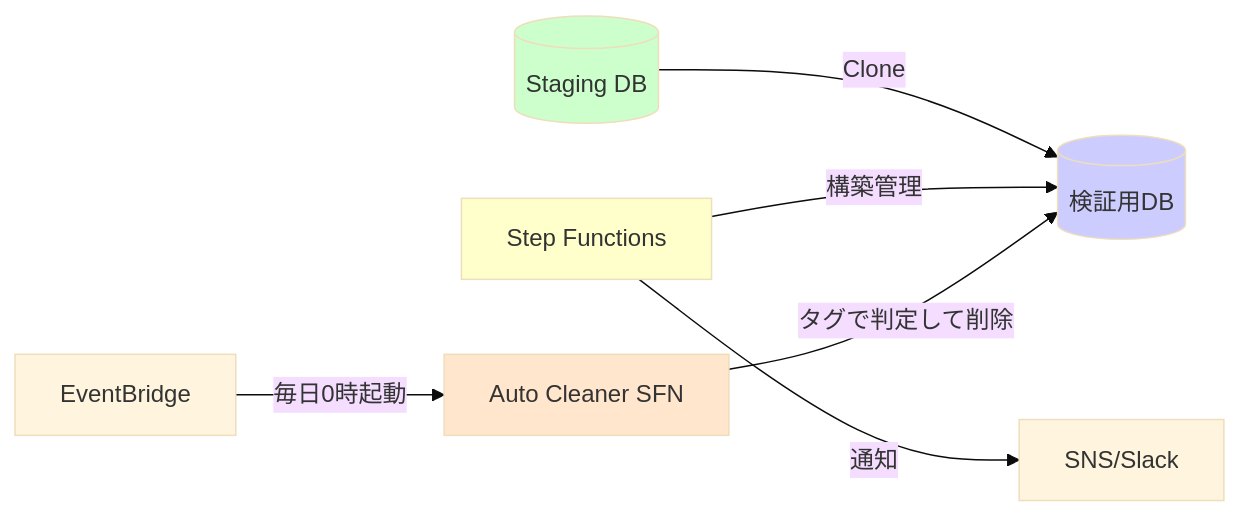
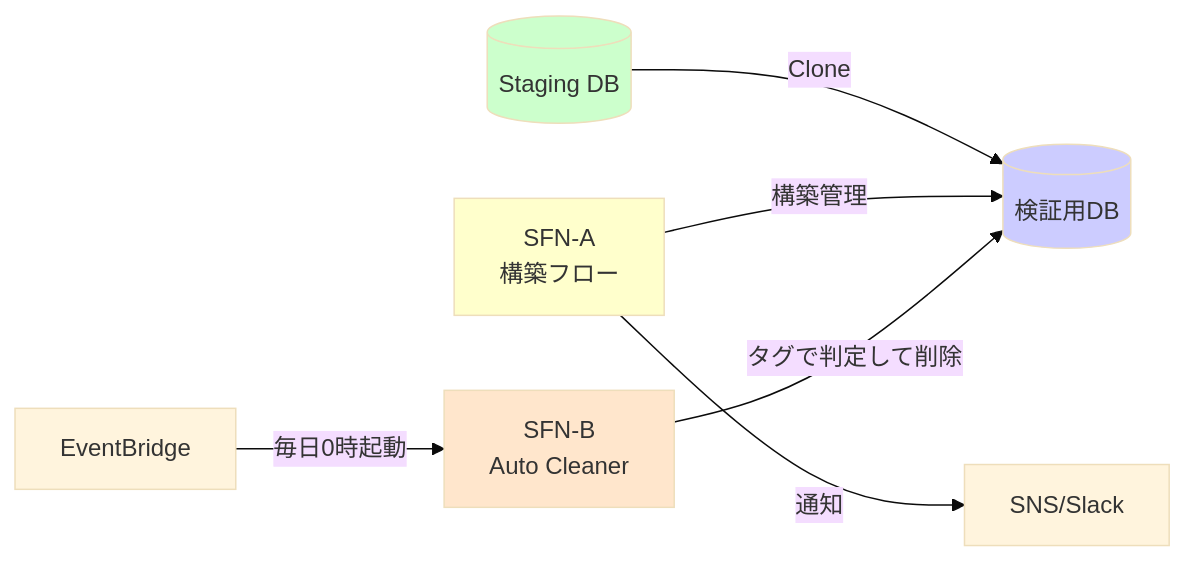
Before and after one commit to gi-no/zenn_paiza: the first of 4 diagrams in articles/aurora-clone-verification-db-stepfunctions.md, drawn with Mermaid (base theme). The commit also changed other lines of this file, not shown here.

````diff
--- a/articles/aurora-clone-verification-db-stepfunctions.md
+++ b/articles/aurora-clone-verification-db-stepfunctions.md
@@ -38,13 +39,13 @@
 ```mermaid
 graph LR
   A[(Staging DB)] -->|Clone| B[(検証用DB)]
-  C[Step Functions] -->|構築管理| B
-  D[EventBridge] -->|毎日0時起動| F[Auto Cleaner SFN]
+  C[SFN-A<br/>構築フロー] -->|構築管理| B
+  D[EventBridge] -->|毎日0時起動| F[SFN-B<br/>Auto Cleaner]
   F -->|タグで判定して削除| B
   C -->|通知| E[SNS/Slack]
 
   style A fill:#ccffcc
   style B fill:#ccccff
   style C fill:#ffffcc
   style F fill:#ffe6cc
 ```
````
